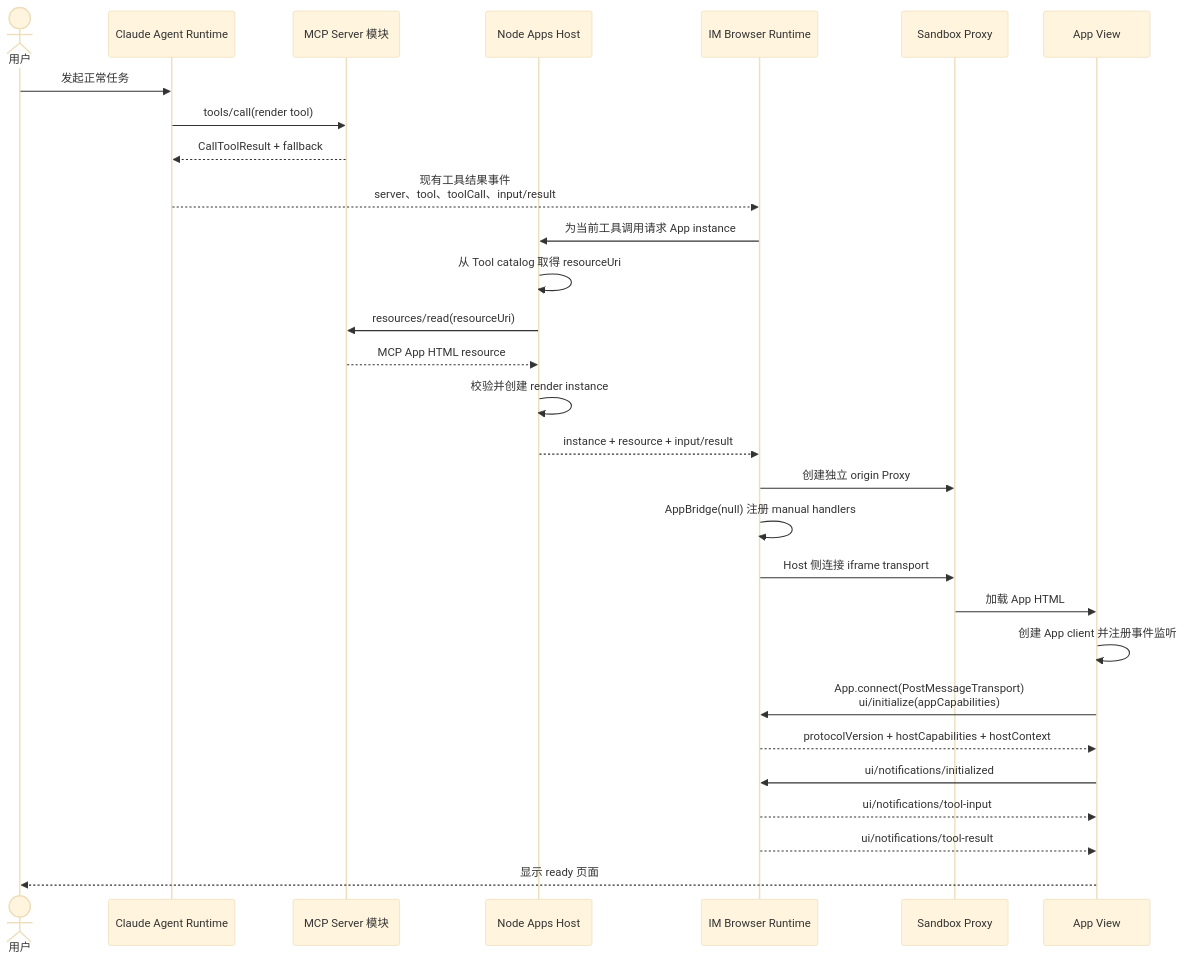
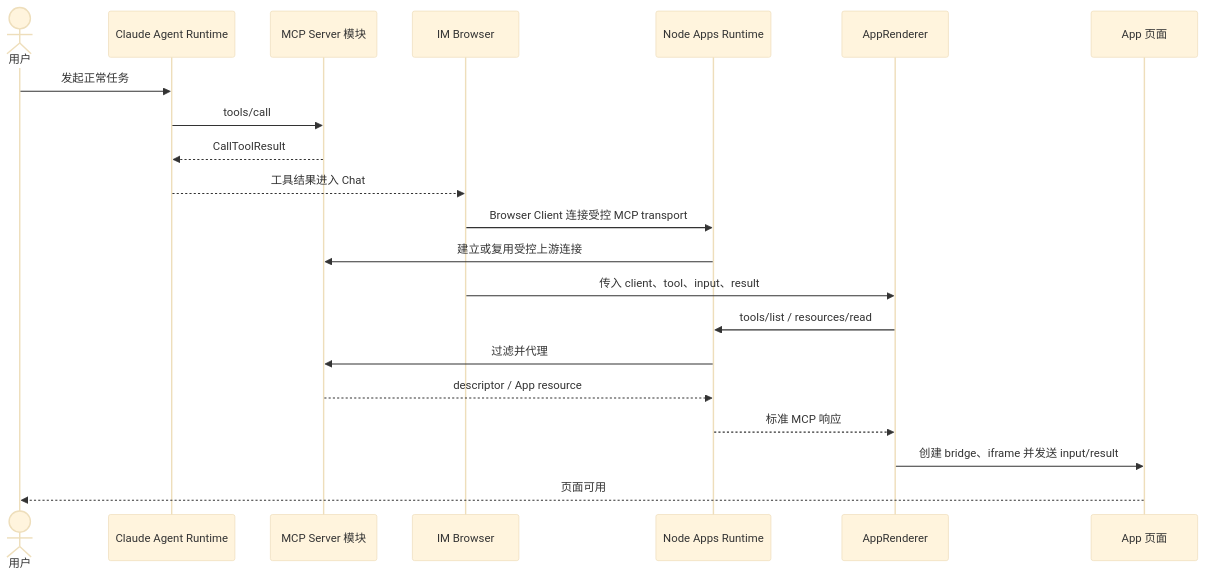
Before and after one commit to glide-the/im-dream: the second of 4 diagrams in docs/design/claude-agent/mcp-apps-iframe-interaction.md, drawn with Mermaid (base theme). The commit also changed other lines of this file and 7 other files, not shown here.

Commit message:
docs: converge MCP Apps host design

````diff
--- a/docs/design/claude-agent/mcp-apps-iframe-interaction.md
+++ b/docs/design/claude-agent/mcp-apps-iframe-interaction.md
@@ -147,32 +105,24 @@
 ```mermaid
 sequenceDiagram
     actor U as 用户
     participant A as Claude Agent Runtime
     participant S as MCP Server 模块
-    participant N as Node Apps Host
-    participant B as IM Browser Runtime
-    participant X as Sandbox Proxy
-    participant V as App View
+    participant B as IM Browser
+    participant N as Node Apps Runtime
+    participant R as AppRenderer
+    participant V as App 页面
 
     U->>A: 发起正常任务
-    A->>S: tools/call(render tool)
-    S-->>A: CallToolResult + fallback
-    A-->>B: 现有工具结果事件<br/>server、tool、toolCall、input/result
-    B->>N: 为当前工具调用请求 App instance
-    N->>N: 从 Tool catalog 取得 resourceUri
-    N->>S: resources/read(resourceUri)
-    S-->>N: MCP App HTML resource
-    N->>N: 校验并创建 render instance
-    N-->>B: instance + resource + input/result
-    B->>X: 创建独立 origin Proxy
-    B->>B: AppBridge(null) 注册 manual handlers
-    B->>X: Host 侧连接 iframe transport
-    X->>V: 加载 App HTML
-    V->>V: 创建 App client 并注册事件监听
-    V->>B: App.connect(PostMessageTransport)<br/>ui/initialize(appCapabilities)
-    B-->>V: protocolVersion + hostCapabilities + hostContext
-    V->>B: ui/notifications/initialized
-    B-->>V: ui/notifications/tool-input
-    B-->>V: ui/notifications/tool-result
-    V-->>U: 显示 ready 页面
+    A->>S: tools/call
+    S-->>A: CallToolResult
+    A-->>B: 工具结果进入 Chat
+    B->>N: Browser Client 连接受控 MCP transport
+    N->>S: 建立或复用受控上游连接
+    B->>R: 传入 client、tool、input、result
+    R->>N: tools/list / resources/read
+    N->>S: 过滤并代理
+    S-->>N: descriptor / App resource
+    N-->>R: 标准 MCP 响应
+    R->>V: 创建 bridge、iframe 并发送 input/result
+    V-->>U: 页面可用
 ```
````
